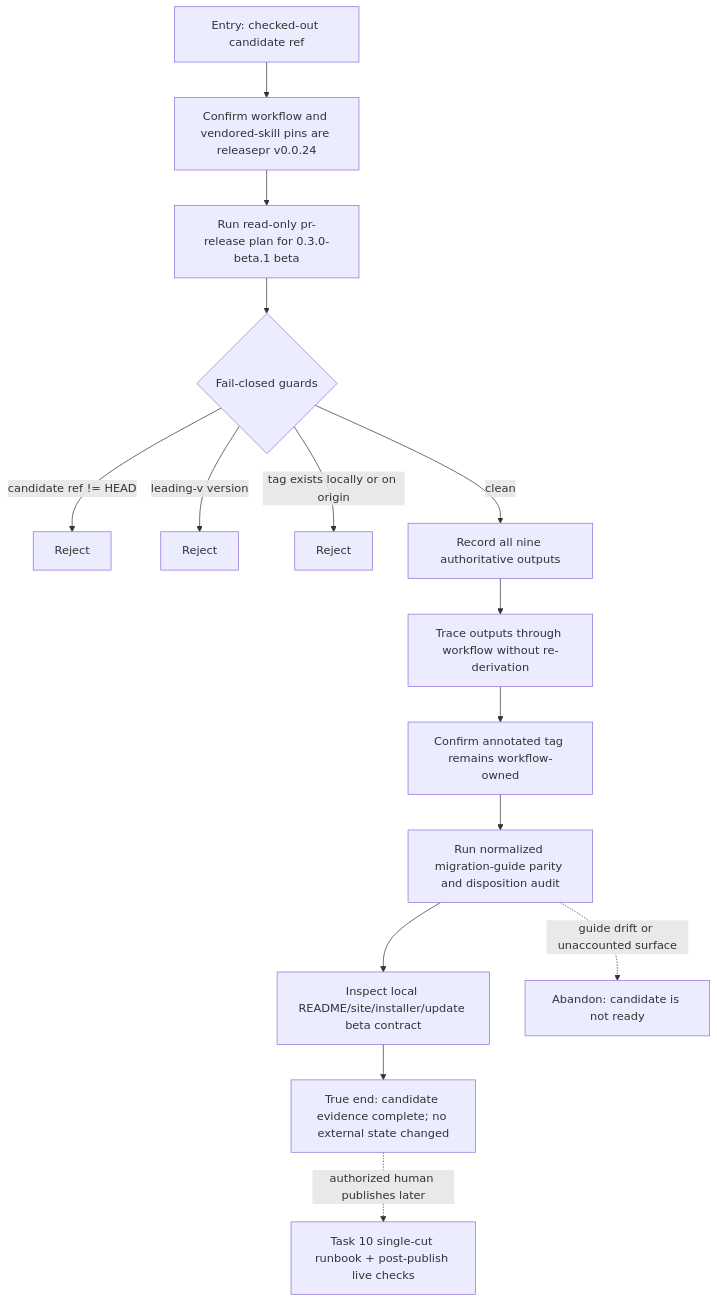
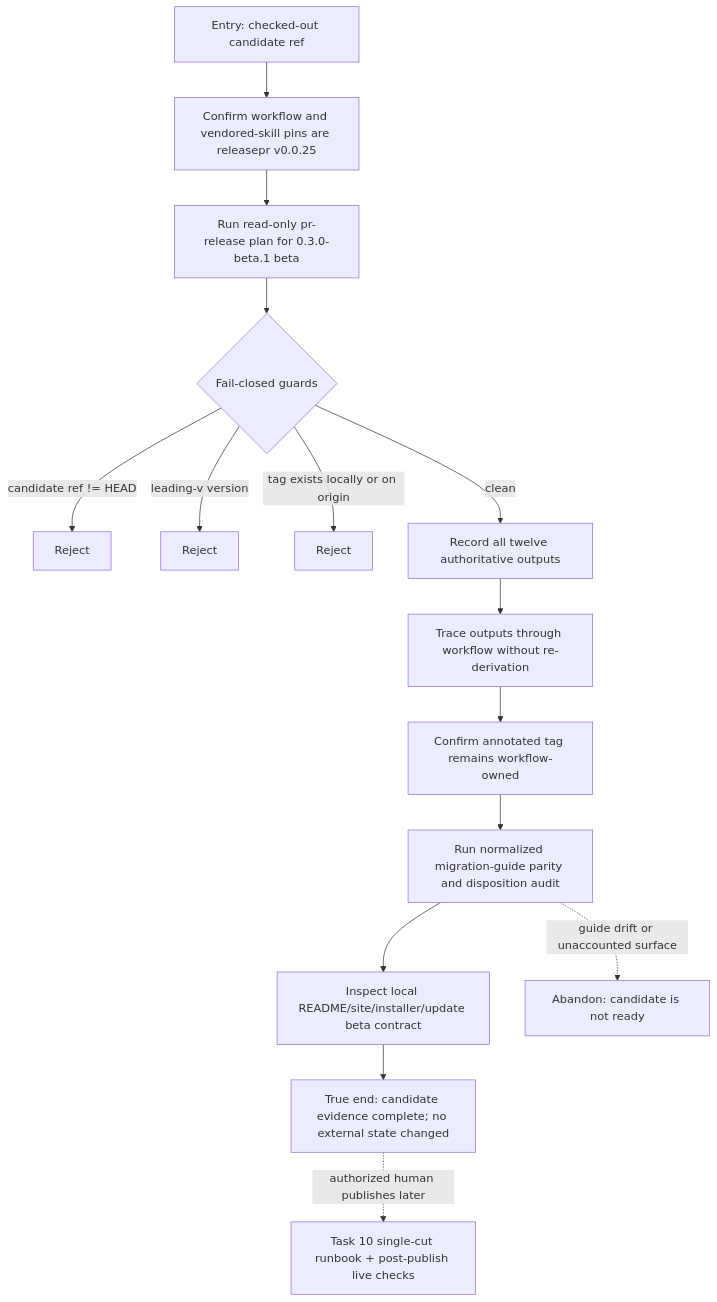
The diagram in docs/qa/journeys/J-approve-compozy-beta-candidate.md (compozy/compozy), drawn with Mermaid before and after one commit. The commit also changed other lines of this file and 24 other files, not shown here.

````diff
--- a/docs/qa/journeys/J-approve-compozy-beta-candidate.md
+++ b/docs/qa/journeys/J-approve-compozy-beta-candidate.md
@@ -8,17 +8,17 @@
 ```mermaid
 flowchart TD
-    A[Entry: checked-out candidate ref] --> B[Confirm workflow and vendored-skill pins are releasepr v0.0.24]
+    A[Entry: checked-out candidate ref] --> B[Confirm workflow and vendored-skill pins are releasepr v0.0.25]
     B --> C[Run read-only pr-release plan for 0.3.0-beta.1 beta]
     C --> D{Fail-closed guards}
     D -->|candidate ref != HEAD| X1[Reject]
     D -->|leading-v version| X2[Reject]
     D -->|tag exists locally or on origin| X3[Reject]
-    D -->|clean| E[Record all nine authoritative outputs]
+    D -->|clean| E[Record all twelve authoritative outputs]
     E --> F[Trace outputs through workflow without re-derivation]
     F --> G[Confirm annotated tag remains workflow-owned]
     G --> H[Run normalized migration-guide parity and disposition audit]
     H --> I[Inspect local README/site/installer/update beta contract]
     I --> J[True end: candidate evidence complete; no external state changed]
     J -.->|authorized human publishes later| K[Task 10 single-cut runbook + post-publish live checks]
     H -.->|guide drift or unaccounted surface| X4[Abandon: candidate is not ready]
 ```
````
